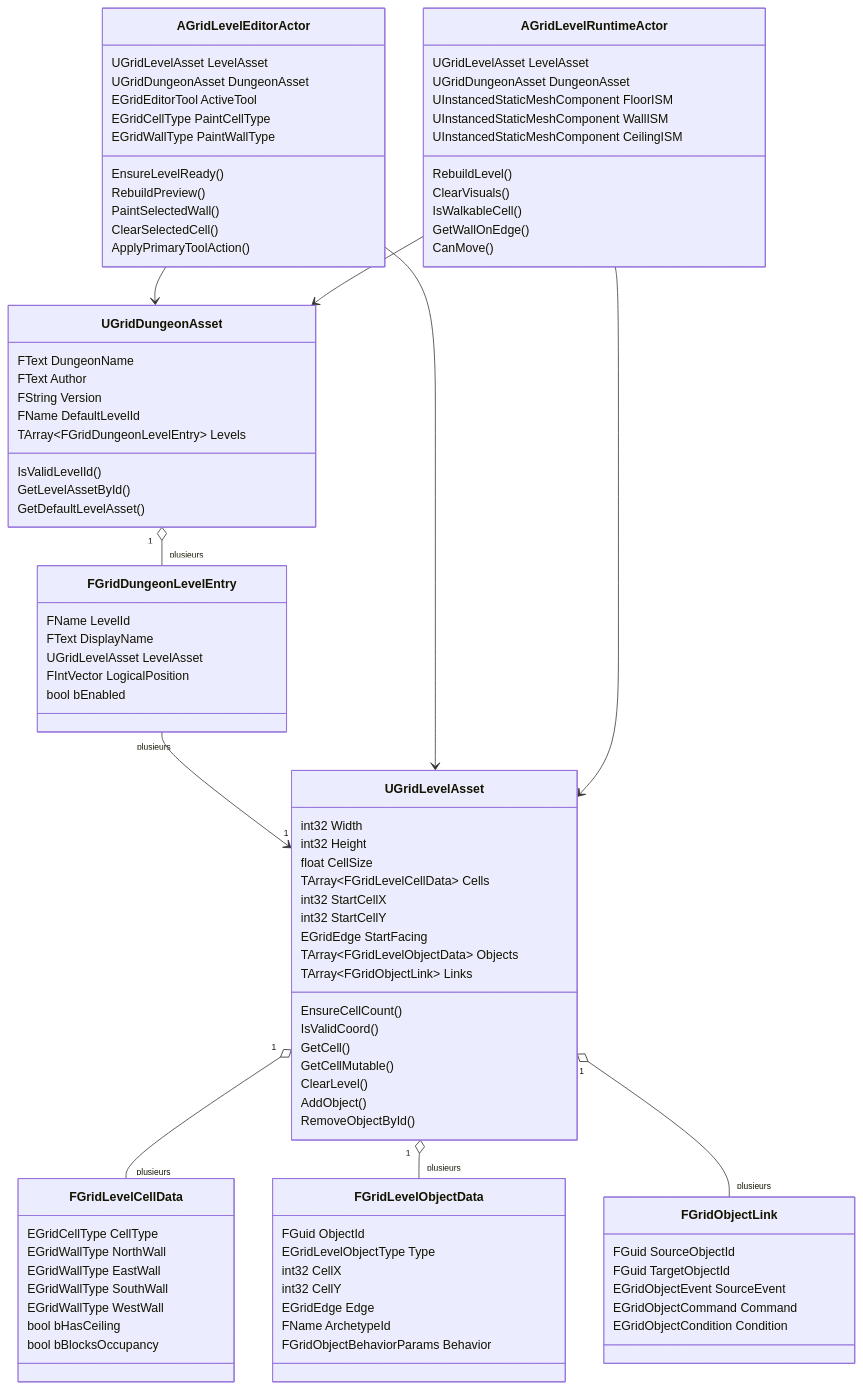
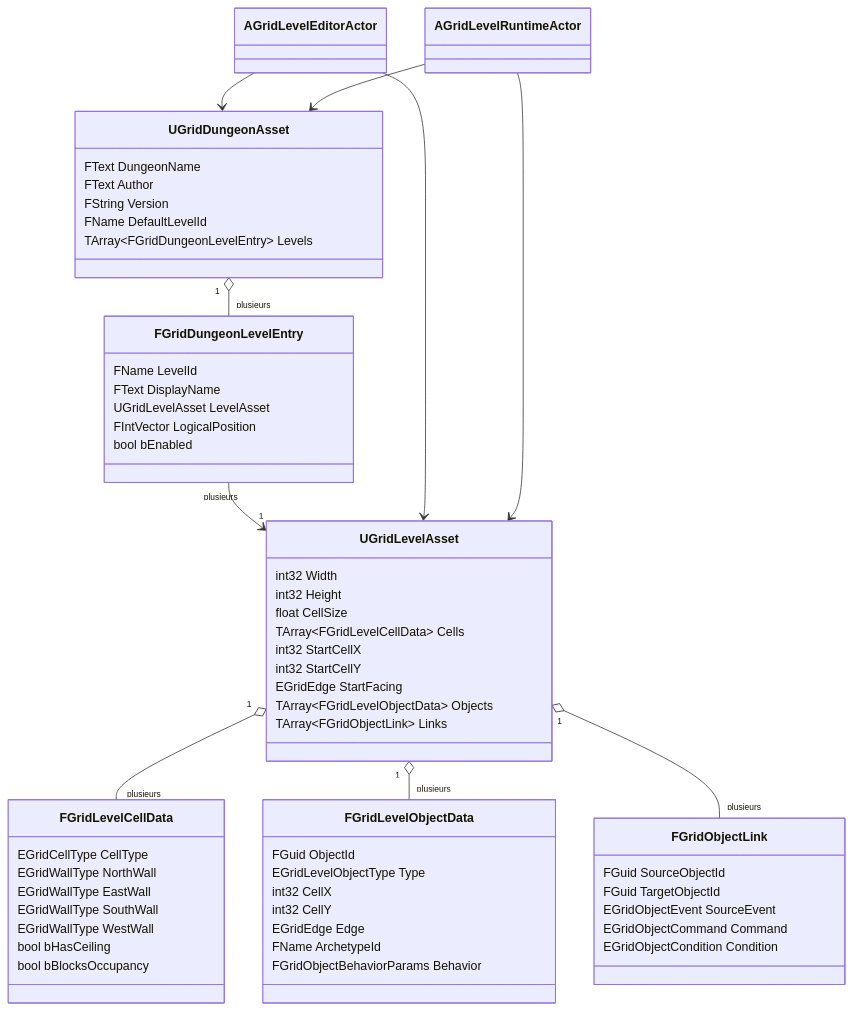
The fifth of 5 diagrams in docs/Architecture/CORE_DUNGEON_LEVEL_GRID.md (PhilippeMartin1964/GrimrockPrototype), drawn with Mermaid before and after one commit. The commit also changed other lines of this file, not shown here.

Commit message:
Condense and clarify core dungeon level grid documentation

```diff
--- a/docs/Architecture/CORE_DUNGEON_LEVEL_GRID.md
+++ b/docs/Architecture/CORE_DUNGEON_LEVEL_GRID.md
@@ -781,9 +559,6 @@
         FString Version
         FName DefaultLevelId
         TArray~FGridDungeonLevelEntry~ Levels
-        IsValidLevelId()
-        GetLevelAssetById()
-        GetDefaultLevelAsset()
     }
 
     class FGridDungeonLevelEntry {
@@ -804,13 +579,6 @@
         EGridEdge StartFacing
         TArray~FGridLevelObjectData~ Objects
         TArray~FGridObjectLink~ Links
-        EnsureCellCount()
-        IsValidCoord()
-        GetCell()
-        GetCellMutable()
-        ClearLevel()
-        AddObject()
-        RemoveObjectById()
     }
 
     class FGridLevelCellData {
@@ -841,31 +609,8 @@
         EGridObjectCondition Condition
     }
 
-    class AGridLevelEditorActor {
-        UGridLevelAsset LevelAsset
-        UGridDungeonAsset DungeonAsset
-        EGridEditorTool ActiveTool
-        EGridCellType PaintCellType
-        EGridWallType PaintWallType
-        EnsureLevelReady()
-        RebuildPreview()
-        PaintSelectedWall()
-        ClearSelectedCell()
-        ApplyPrimaryToolAction()
-    }
-
-    class AGridLevelRuntimeActor {
-        UGridLevelAsset LevelAsset
-        UGridDungeonAsset DungeonAsset
-        UInstancedStaticMeshComponent FloorISM
-        UInstancedStaticMeshComponent WallISM
-        UInstancedStaticMeshComponent CeilingISM
-        RebuildLevel()
-        ClearVisuals()
-        IsWalkableCell()
-        GetWallOnEdge()
-        CanMove()
-    }
+    class AGridLevelEditorActor
+    class AGridLevelRuntimeActor
 
     UGridDungeonAsset "1" o-- "plusieurs" FGridDungeonLevelEntry
     FGridDungeonLevelEntry "plusieurs" --> "1" UGridLevelAsset
```
